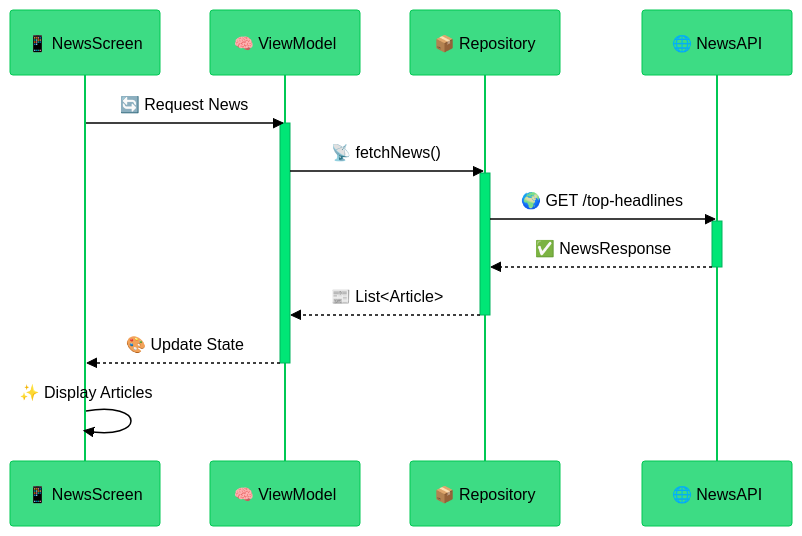
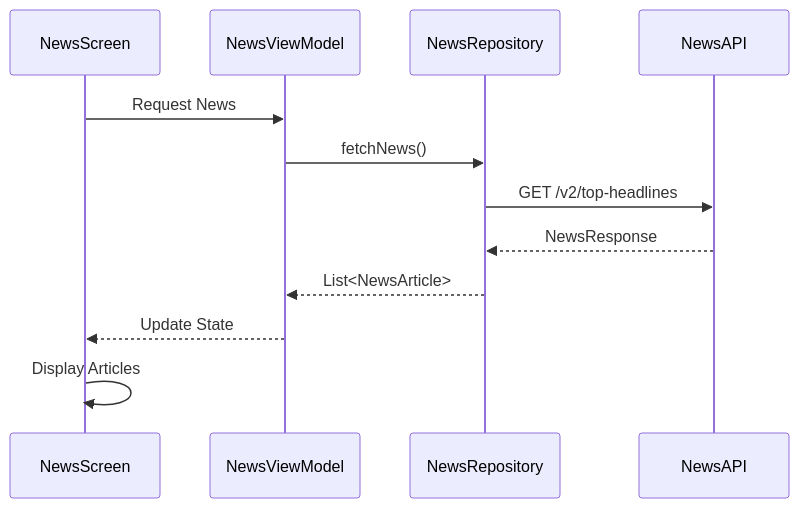
One commit to DAlgoSculptor/Alzajeera-News-App changed the second of 3 diagrams in README.md. Above: the diagram before and after it, drawn with Mermaid. The commit also changed other lines of this file, not shown here.

````diff
--- a/README.md
+++ b/README.md
@@ -432,22 +246,15 @@
 ```mermaid
-%%{init: {'theme':'base', 'themeVariables': { 'primaryColor':'#3DDC84','primaryTextColor':'#000','primaryBorderColor':'#00C853','lineColor':'#3DDC84','secondaryColor':'#00E676','tertiaryColor':'#B2DFDB'}}}%%
 sequenceDiagram
-    participant UI as 📱 NewsScreen
-    participant VM as 🧠 ViewModel
-    participant Repo as 📦 Repository
-    participant API as 🌐 NewsAPI
+    participant UI as NewsScreen
+    participant VM as NewsViewModel
+    participant Repo as NewsRepository
+    participant API as NewsAPI
     
-    UI->>VM: 🔄 Request News
-    activate VM
-    VM->>Repo: 📡 fetchNews()
-    activate Repo
-    Repo->>API: 🌍 GET /top-headlines
-    activate API
-    API-->>Repo: ✅ NewsResponse
-    deactivate API
-    Repo-->>VM: 📰 List<Article>
-    deactivate Repo
-    VM-->>UI: 🎨 Update State
-    deactivate VM
-    UI->>UI: ✨ Display Articles
+    UI->>VM: Request News
+    VM->>Repo: fetchNews()
+    Repo->>API: GET /v2/top-headlines
+    API-->>Repo: NewsResponse
+    Repo-->>VM: List<NewsArticle>
+    VM-->>UI: Update State
+    UI->>UI: Display Articles
 ```
````
